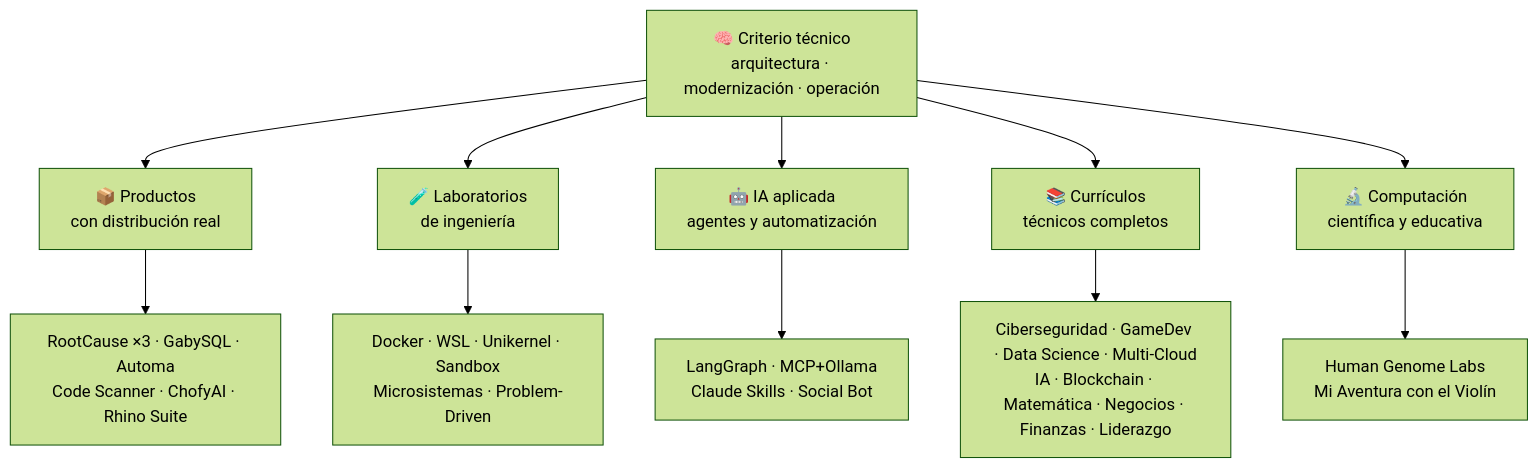
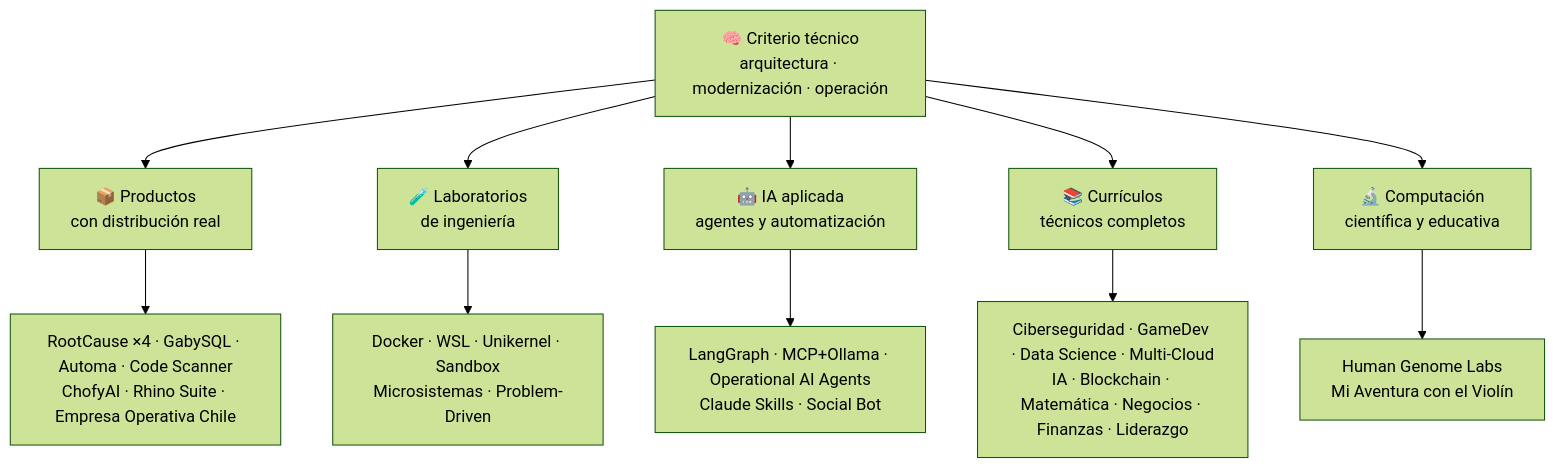
One commit to vladimiracunadev-create/vladimiracunadev-create changed the diagram in README.md. Above: the diagram before and after it, drawn with Mermaid (forest theme). The commit also changed other lines of this file, not shown here.

````diff
--- a/README.md
+++ b/README.md
@@ -70,14 +70,14 @@
 ```mermaid
 flowchart TD
     A["🧠 Criterio técnico<br/>arquitectura · modernización · operación"] --> B["📦 Productos<br/>con distribución real"]
     A --> C["🧪 Laboratorios<br/>de ingeniería"]
     A --> D["🤖 IA aplicada<br/>agentes y automatización"]
     A --> E["📚 Currículos<br/>técnicos completos"]
     A --> F["🔬 Computación<br/>científica y educativa"]
 
-    B --> B1["RootCause ×3 · GabySQL · Automa<br/>Code Scanner · ChofyAI · Rhino Suite"]
+    B --> B1["RootCause ×4 · GabySQL · Automa · Code Scanner<br/>ChofyAI · Rhino Suite · Empresa Operativa Chile"]
     C --> C1["Docker · WSL · Unikernel · Sandbox<br/>Microsistemas · Problem-Driven"]
-    D --> D1["LangGraph · MCP+Ollama<br/>Claude Skills · Social Bot"]
+    D --> D1["LangGraph · MCP+Ollama · Operational AI Agents<br/>Claude Skills · Social Bot"]
     E --> E1["Ciberseguridad · GameDev · Data Science · Multi-Cloud<br/>IA · Blockchain · Matemática · Negocios · Finanzas · Liderazgo"]
     F --> F1["Human Genome Labs<br/>Mi Aventura con el Violín"]
 ```
````
